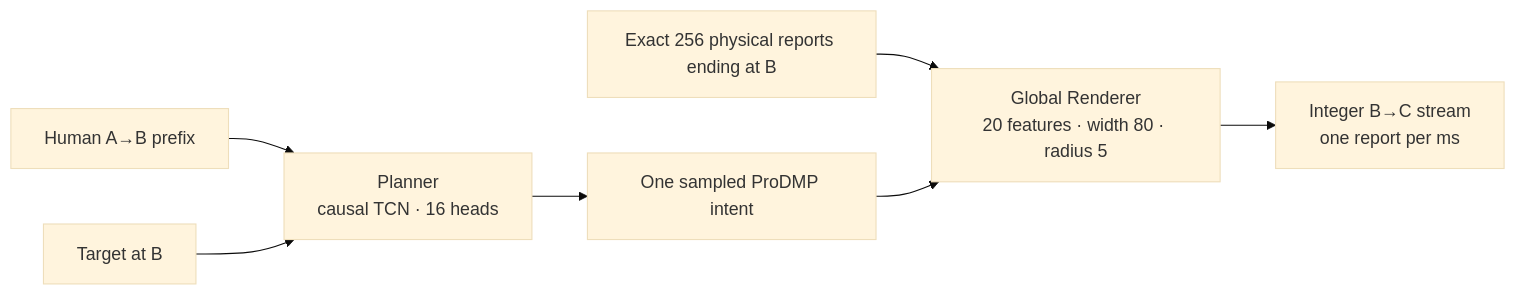
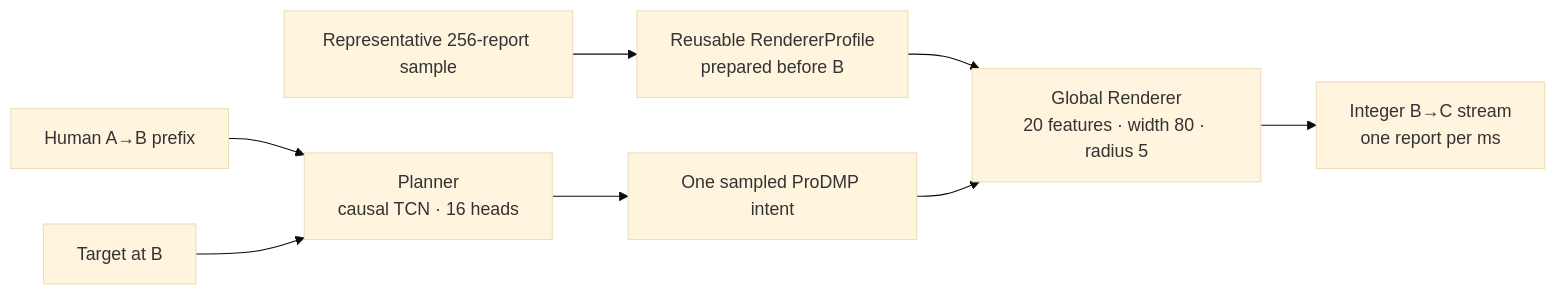
Before and after one commit to optima-manent/ABCurves: the diagram in docs/TRAINING_AND_INFERENCE.md, drawn with Mermaid (base theme). The commit also changed other lines of this file and 33 other files, not shown here.

````diff
--- a/docs/TRAINING_AND_INFERENCE.md
+++ b/docs/TRAINING_AND_INFERENCE.md
@@ -9,9 +9,10 @@
 ```mermaid
 flowchart LR
     A["Human A→B prefix"] --> P["Planner\ncausal TCN · 16 heads"]
     T["Target at B"] --> P
     P --> I["One sampled ProDMP intent"]
-    S["Exact 256 physical reports ending at B"] --> R["Global Renderer\n20 features · width 80 · radius 5"]
+    S["Representative 256-report sample"] --> RP["Reusable RendererProfile\nprepared before B"]
+    RP --> R["Global Renderer\n20 features · width 80 · radius 5"]
     I --> R
     R --> O["Integer B→C stream\none report per ms"]
 ```
````
